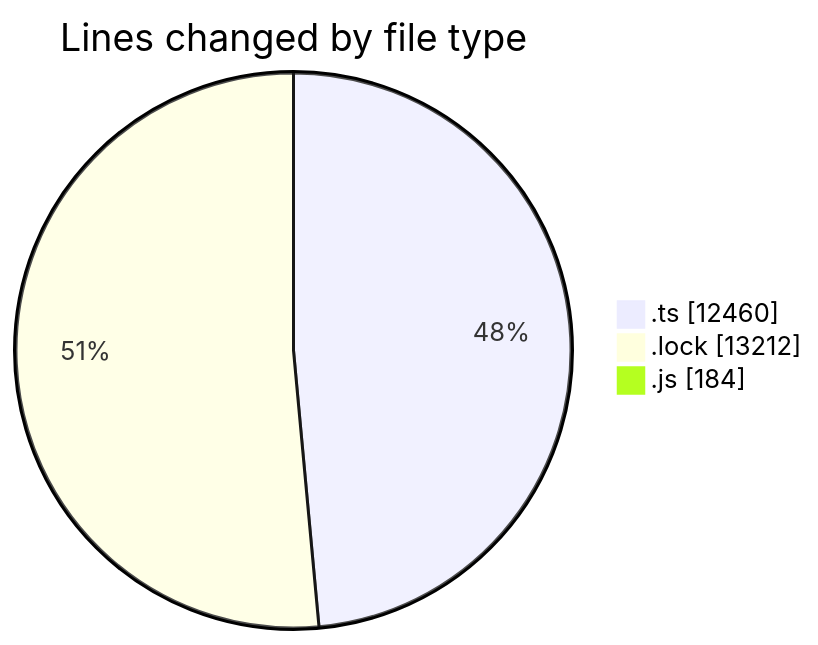
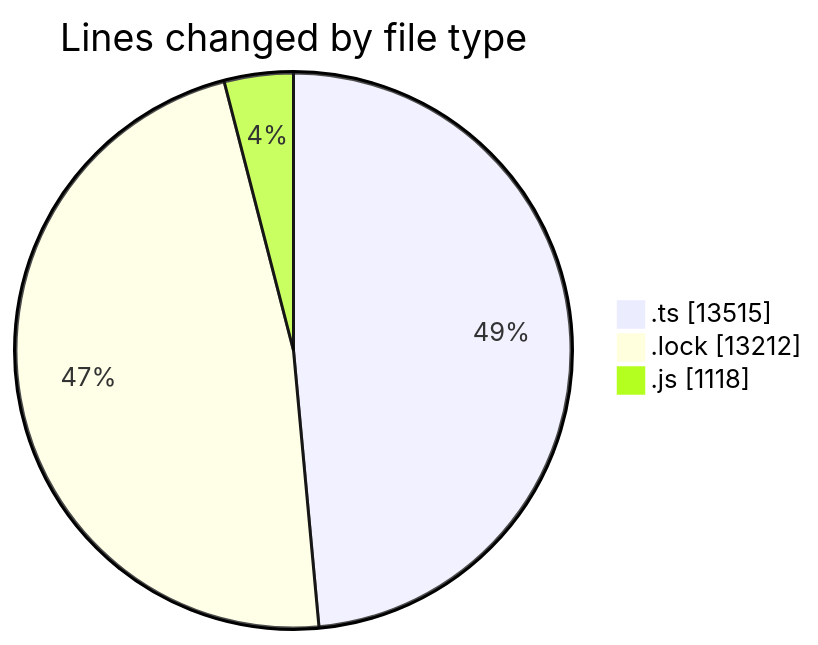
Before and after one commit to momahboobian/code-tracking: the first of 2 diagrams in 2025-05-16/cda/README.md, drawn with Mermaid. The commit also changed other lines of this file and 1 other file, not shown here.

````diff
--- a/2025-05-16/cda/README.md
+++ b/2025-05-16/cda/README.md
@@ -26,7 +28,7 @@
 ```mermaid
 pie showData
 title Lines changed by file type
-".ts" : 12460
+".ts" : 13515
 ".lock" : 13212
-".js" : 184
+".js" : 1118
 ```
````
